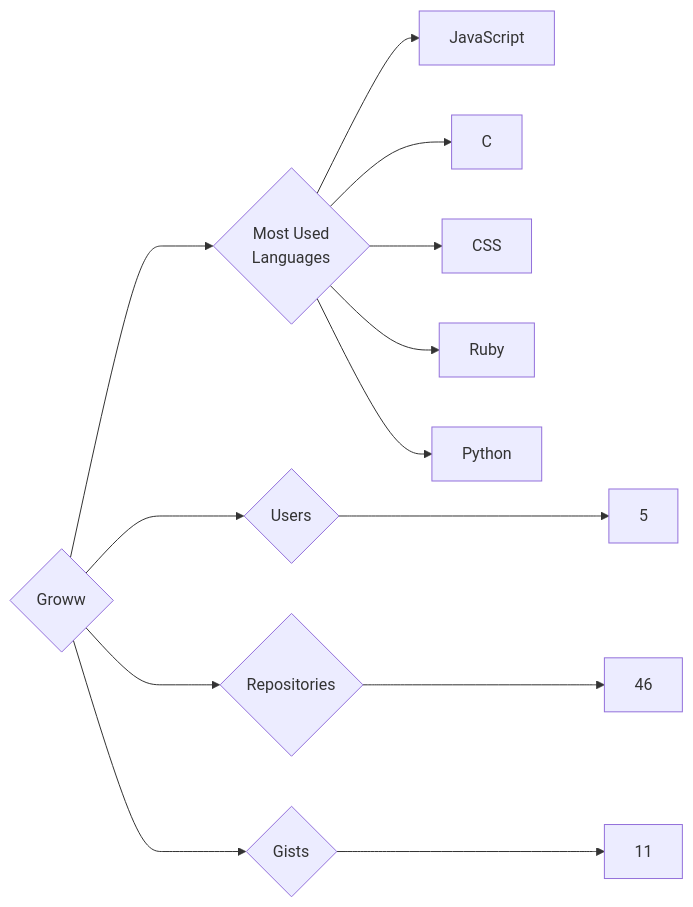
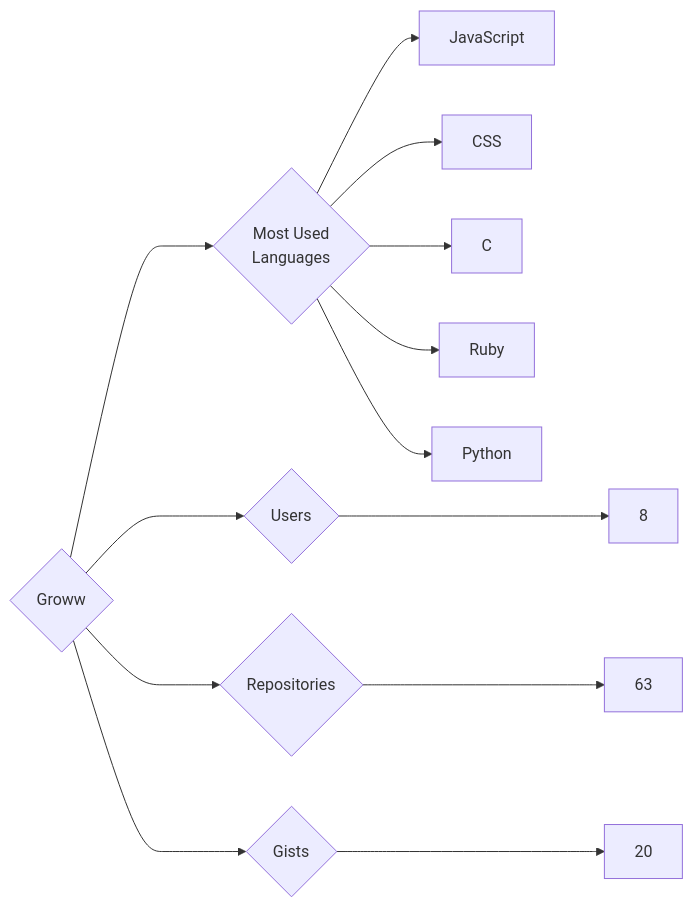
One commit to trickest/insiders changed the diagram in targets/Groww/README.md. Above: the diagram before and after it, drawn with Mermaid. The commit also changed 1166 other files, not shown here.

````diff
--- a/targets/Groww/README.md
+++ b/targets/Groww/README.md
@@ -3,13 +3,13 @@
 ```mermaid
 graph LR
 COMPANY_NAME{Groww}
-COMPANY_NAME ---> U{Users} ---> UN[5]
-COMPANY_NAME ---> R{Repositories} ---> RN[46]
-COMPANY_NAME ---> G{Gists} ---> GN[11]
+COMPANY_NAME ---> U{Users} ---> UN[8]
+COMPANY_NAME ---> R{Repositories} ---> RN[63]
+COMPANY_NAME ---> G{Gists} ---> GN[20]
 COMPANY_NAME ---> ML{Most Used<br>Languages}
 ML --> JavaScript[JavaScript]
+ML --> CSS[CSS]
 ML --> C[C]
-ML --> CSS[CSS]
 ML --> Ruby[Ruby]
 ML --> Python[Python]
 ```
````
